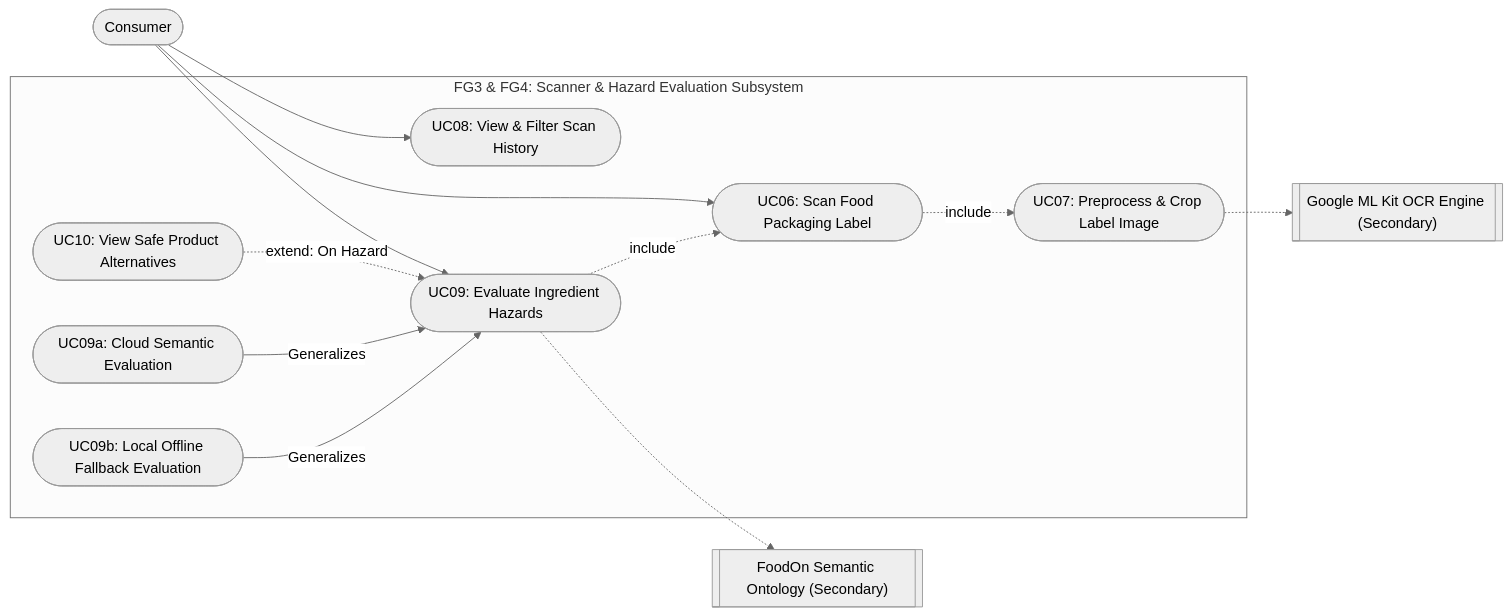
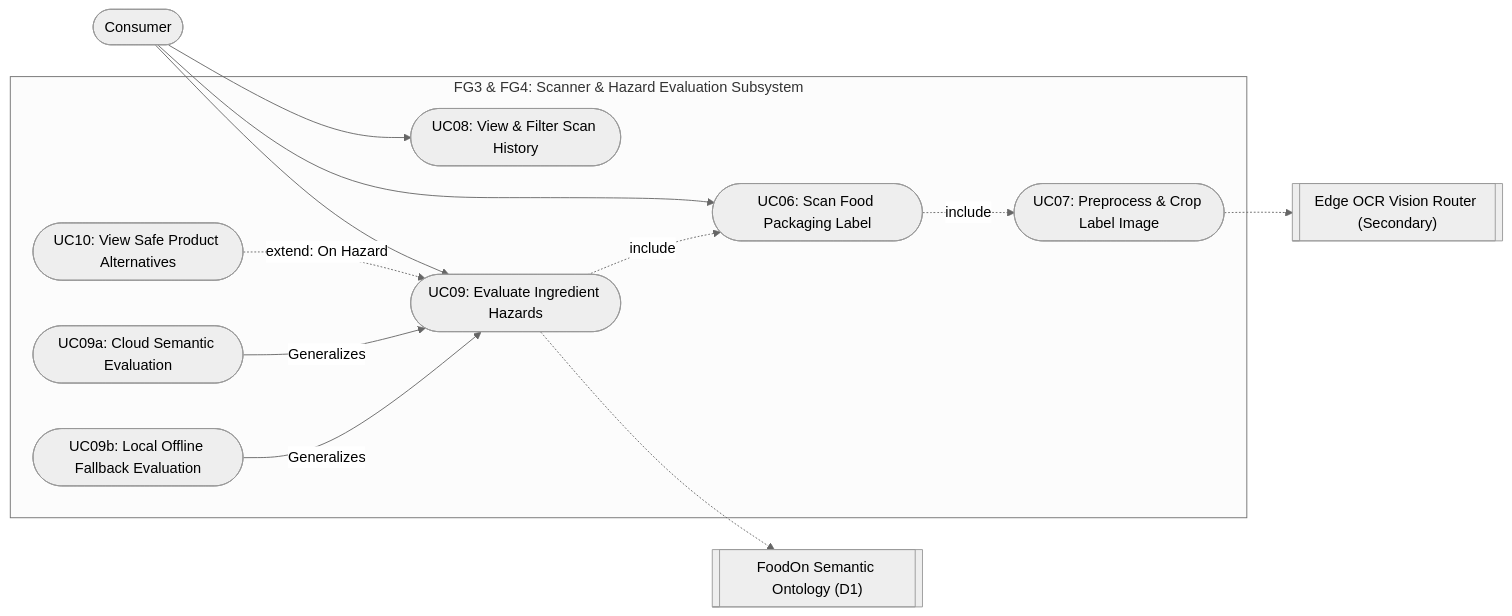
Before and after one commit to cornne/NutriViet_CNPM: the third of 5 diagrams in docs/requirements/use-cases.md, drawn with Mermaid (neutral theme). The commit also changed other lines of this file and 195 other files, not shown here.

Commit message:
docs(pa4): finalize PA4-2026 architecture, specs, weekly reports, and submission package

````diff
--- a/docs/requirements/use-cases.md
+++ b/docs/requirements/use-cases.md
@@ -181,33 +181,33 @@
 ```mermaid
 flowchart LR
     Consumer(["Consumer"])
-    MLKit[["Google ML Kit OCR Engine (Secondary)"]]
-    FoodOn[["FoodOn Semantic Ontology (Secondary)"]]
+    MLKit[["Edge OCR Vision Router (Secondary)"]]
+    FoodOn[["FoodOn Semantic Ontology (D1)"]]
 
     subgraph Scanner_Hazard ["FG3 & FG4: Scanner & Hazard Evaluation Subsystem"]
         UC06(["UC06: Scan Food Packaging Label"])
         UC07(["UC07: Preprocess & Crop Label Image"])
         UC08(["UC08: View & Filter Scan History"])
         UC09(["UC09: Evaluate Ingredient Hazards"])
         UC09a(["UC09a: Cloud Semantic Evaluation"])
         UC09b(["UC09b: Local Offline Fallback Evaluation"])
         UC10(["UC10: View Safe Product Alternatives"])
     end
 
     Consumer --> UC06
     Consumer --> UC08
     Consumer --> UC09
 
     %% Include Relationships
     UC06 -.->|include| UC07
     UC07 -.-> MLKit
     UC09 -.->|include| UC06
     UC09 -.-> FoodOn
 
     %% Extend Relationship
     UC10 -.->|extend: On Hazard| UC09
 
     %% Use Case Generalizations
     UC09a -->|Generalizes| UC09
     UC09b -->|Generalizes| UC09
 ```
````
